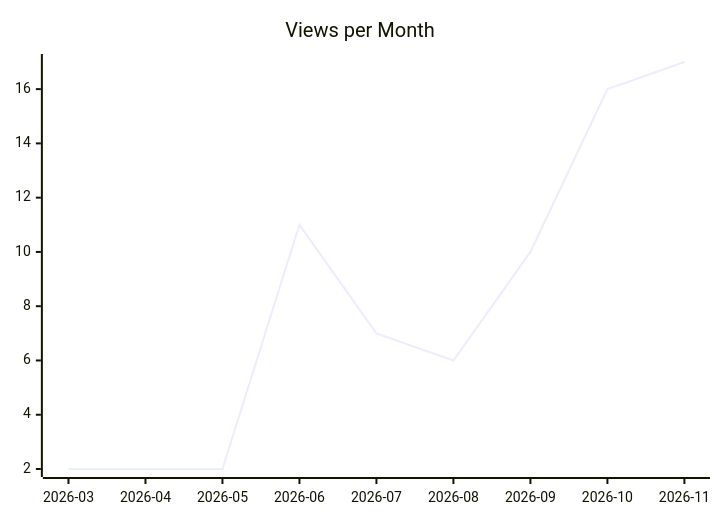
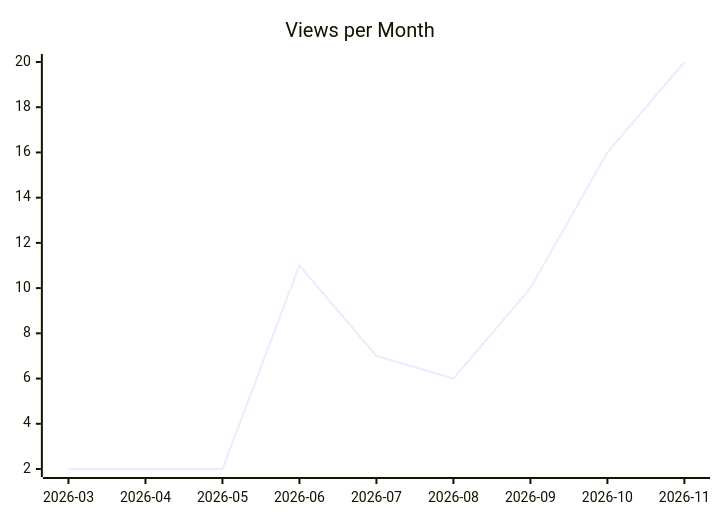
Before and after one commit to justdavis-family/github-analytics-data: the second of 3 diagrams in karlmdavis/ansible-role-jenkins2/README.md, drawn with Mermaid. The commit also changed other lines of this file and 188 other files, not shown here.

````diff
--- a/karlmdavis/ansible-role-jenkins2/README.md
+++ b/karlmdavis/ansible-role-jenkins2/README.md
@@ -12,6 +12,6 @@
 ```mermaid
 xychart-beta
   title "Views per Month"
   x-axis ["2026-03", "2026-04", "2026-05", "2026-06", "2026-07", "2026-08", "2026-09", "2026-10", "2026-11"]
-  line [2, 2, 2, 11, 7, 6, 10, 16, 17]
+  line [2, 2, 2, 11, 7, 6, 10, 16, 20]
 ```
````
